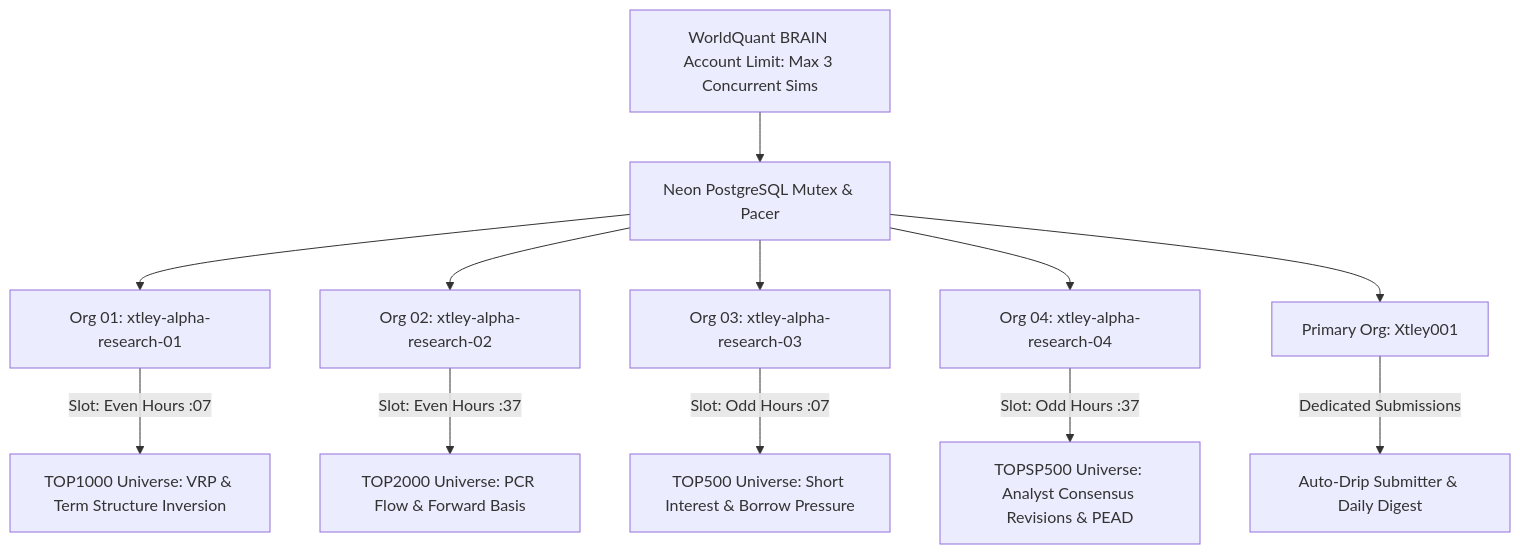
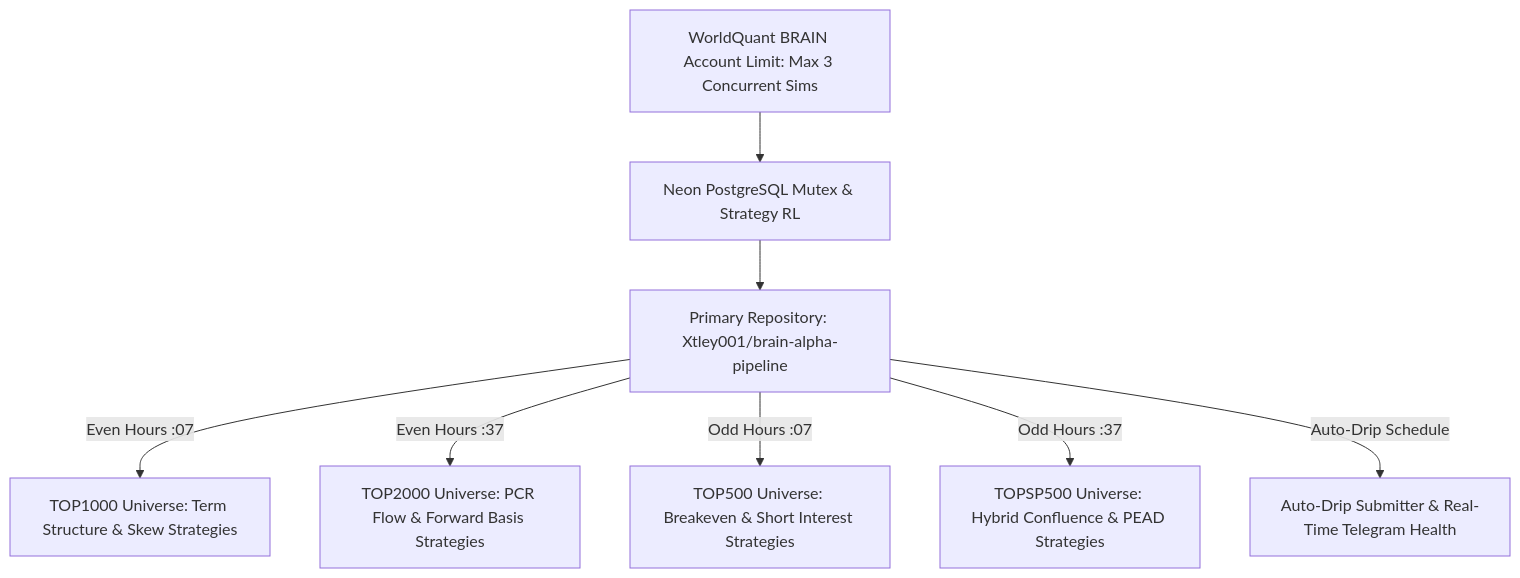
One commit to Xtley001/brain-alpha-pipeline changed the diagram in docs/MASTER_SCALE_ROADMAP_500_ALPHAS.md. Above: the diagram before and after it, drawn with Mermaid. The commit also changed other lines of this file and 50 other files, not shown here.

Commit message:
feat(strategies): consolidate to single public org Xtley001, implement 8 modular strategy sub-systems, strategy-scoped RL, and 5-tier neutralizations

````diff
--- a/docs/MASTER_SCALE_ROADMAP_500_ALPHAS.md
+++ b/docs/MASTER_SCALE_ROADMAP_500_ALPHAS.md
@@ -119,16 +125,12 @@
 ```mermaid
 graph TD
-    A[WorldQuant BRAIN Account Limit: Max 3 Concurrent Sims] --> B[Neon PostgreSQL Mutex & Pacer]
+    A[WorldQuant BRAIN Account Limit: Max 3 Concurrent Sims] --> B[Neon PostgreSQL Mutex & Strategy RL]
     
-    B --> C[Org 01: xtley-alpha-research-01]
-    B --> D[Org 02: xtley-alpha-research-02]
-    B --> E[Org 03: xtley-alpha-research-03]
-    B --> F[Org 04: xtley-alpha-research-04]
-    B --> G[Primary Org: Xtley001]
+    B --> C[Primary Repository: Xtley001/brain-alpha-pipeline]
     
-    C -->|Slot: Even Hours :07| H[TOP1000 Universe: VRP & Term Structure Inversion]
-    D -->|Slot: Even Hours :37| I[TOP2000 Universe: PCR Flow & Forward Basis]
-    E -->|Slot: Odd Hours :07| J[TOP500 Universe: Short Interest & Borrow Pressure]
-    F -->|Slot: Odd Hours :37| K[TOPSP500 Universe: Analyst Consensus Revisions & PEAD]
-    G -->|Dedicated Submissions| L[Auto-Drip Submitter & Daily Digest]
+    C -->|Even Hours :07| D[TOP1000 Universe: Term Structure & Skew Strategies]
+    C -->|Even Hours :37| E[TOP2000 Universe: PCR Flow & Forward Basis Strategies]
+    C -->|Odd Hours :07| F[TOP500 Universe: Breakeven & Short Interest Strategies]
+    C -->|Odd Hours :37| G[TOPSP500 Universe: Hybrid Confluence & PEAD Strategies]
+    C -->|Auto-Drip Schedule| H[Auto-Drip Submitter & Real-Time Telegram Health]
 ```
````
